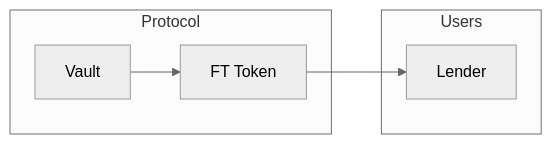
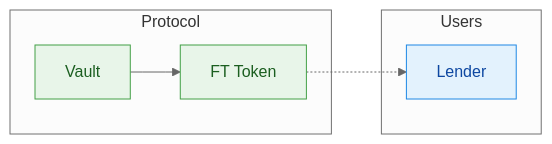
One commit to sudostake/sudostake_contracts_near changed the ninth of 13 diagrams in value_flows.md. Above: the diagram before and after it, drawn with Mermaid (neutral theme). The commit also changed other lines of this file, not shown here.

First line of the commit message:
Revise and expand Vault value flows guide

````diff
--- a/value_flows.md
+++ b/value_flows.md
@@ -222,12 +224,17 @@
 ```mermaid
 %%{init: {'flowchart': {'curve': 'step'}}}%%
 flowchart LR
   subgraph Protocol
     V[Vault]
     T[FT Token]
   end
   subgraph Users
     L[Lender]
   end
-  V --> T --> L
+  V --> T
+  T -.-> L
+  classDef user fill:#E3F2FD,stroke:#1E88E5,color:#0D47A1;
+  classDef protocol fill:#E8F5E9,stroke:#43A047,color:#1B5E20;
+  class L user
+  class V,T protocol
 ```
````
